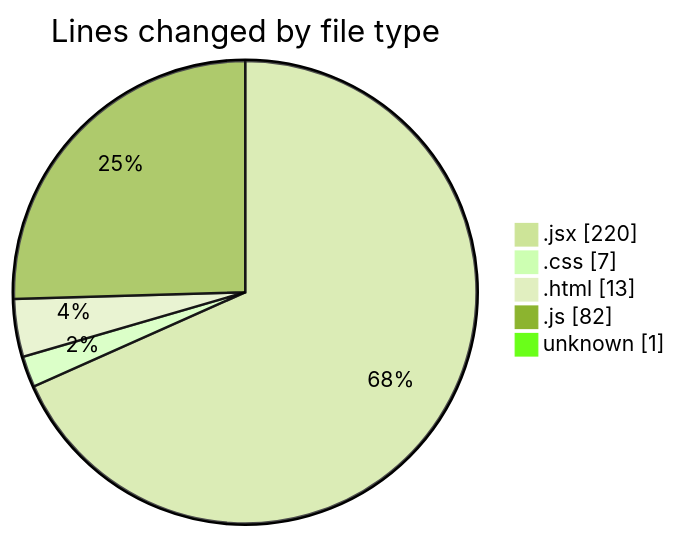
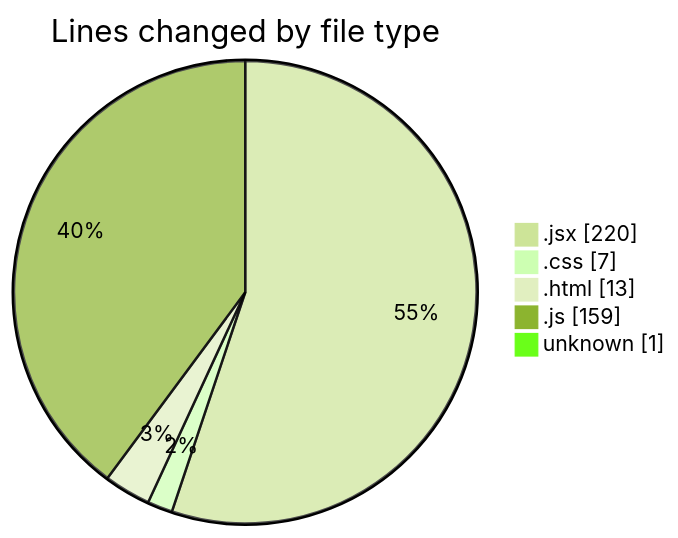
The first of 2 diagrams in 2025-05-29/projects/README.md (Ritupan-Deka/code-tracking), drawn with Mermaid (forest theme) before and after one commit. The commit also changed other lines of this file and 1 other file, not shown here.

````diff
--- a/2025-05-29/projects/README.md
+++ b/2025-05-29/projects/README.md
@@ -29,9 +30,9 @@
 ```mermaid
 pie showData
 title Lines changed by file type
 ".jsx" : 220
 ".css" : 7
 ".html" : 13
-".js" : 82
+".js" : 159
 "unknown" : 1
 ```
````
